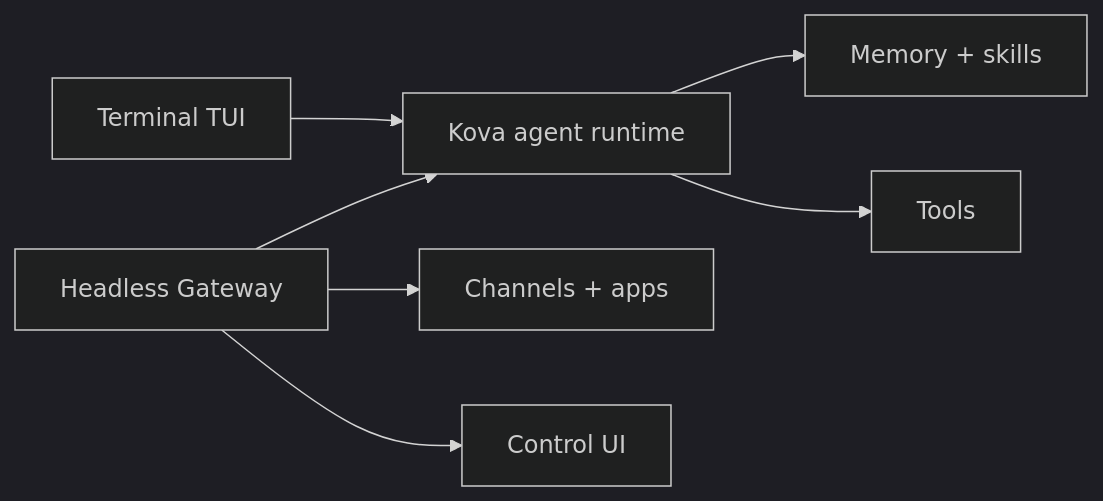
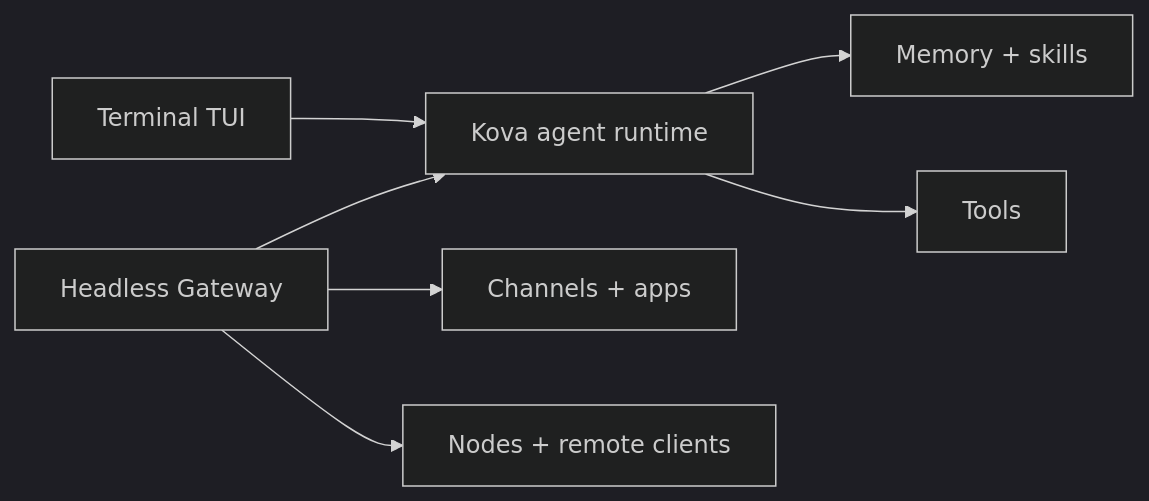
The diagram in docs/index.md (chiragborse1/KovaLab), drawn with Mermaid (dark theme) before and after one commit. The commit also changed other lines of this file and 477 other files, not shown here.

````diff
--- a/docs/index.md
+++ b/docs/index.md
@@ -62,9 +62,9 @@
 ```mermaid
 flowchart LR
   A["Terminal TUI"] --> B["Kova agent runtime"]
   B --> C["Memory + skills"]
   B --> D["Tools"]
   E["Headless Gateway"] --> B
   E --> F["Channels + apps"]
-  E --> G["Control UI"]
+  E --> G["Nodes + remote clients"]
 ```
````
